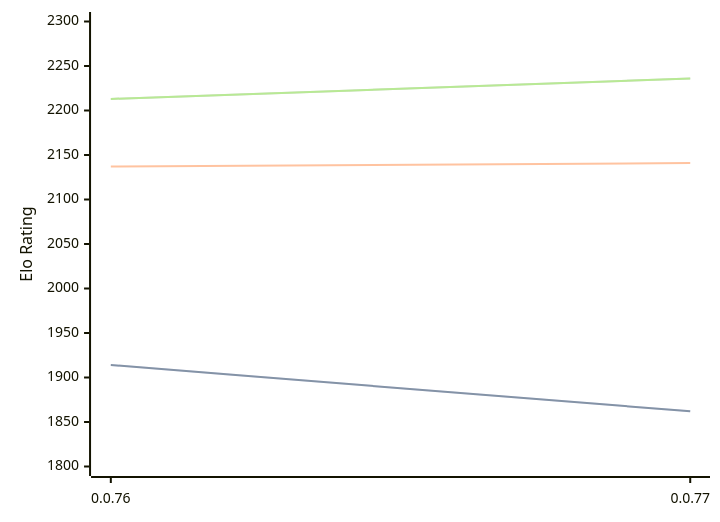
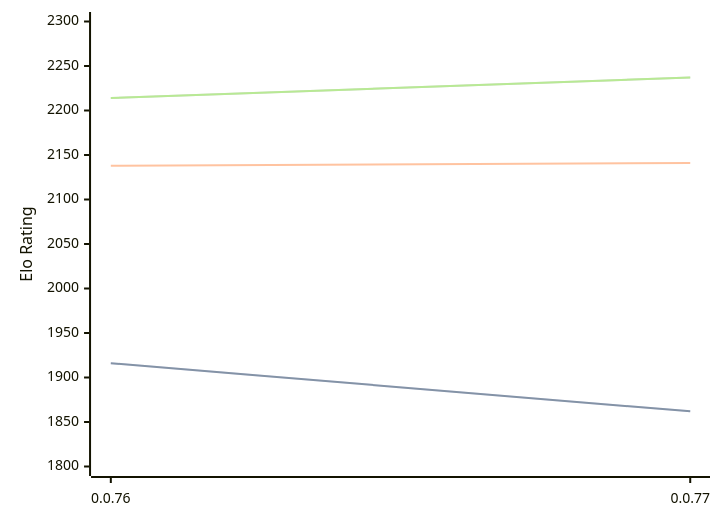
Before and after one commit to computer-chess-index/cci: the diagram in engines/Fktb.md, drawn with Mermaid. The commit also changed other lines of this file, not shown here.

Commit message:
Update CCI Ratings (ELO VLTC) - 2026-09-14

````diff
--- a/engines/Fktb.md
+++ b/engines/Fktb.md
@@ -32,11 +32,11 @@
 ```mermaid
 %%{init: {"theme":"base","themeVariables":{"seriesColors:['#a3a3a3','#222221','#faa371']}}}%%
 xychart-beta
   x-axis ["0.0.76", "0.0.77"]
   y-axis "Elo Rating" 1800 --> 2300
-  line "" [1914, 1862]
-  line "STC (8.0+0.08s)" [1914, 1862]
-  line "LTC (60.0+0.60s)" [2137, 2141]
-  line "" [2213, 2236]
-  line "VLTC (2m24s+1.12s)" [2213, 2236]
+  line "" [1916, 1862]
+  line "STC (8.0+0.08s)" [1916, 1862]
+  line "LTC (60.0+0.60s)" [2138, 2141]
+  line "" [2214, 2237]
+  line "VLTC (2m24s+1.12s)" [2214, 2237]
 ```
````
